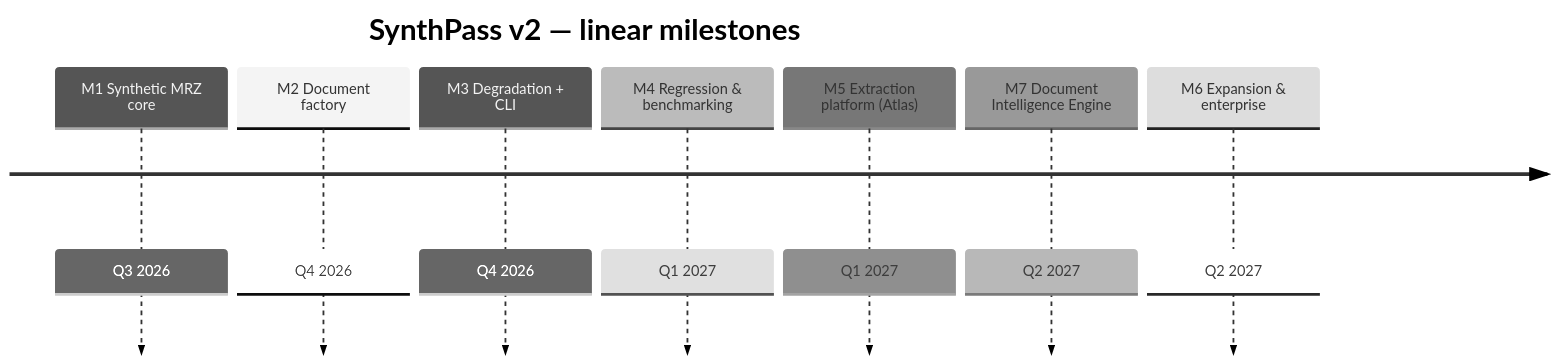
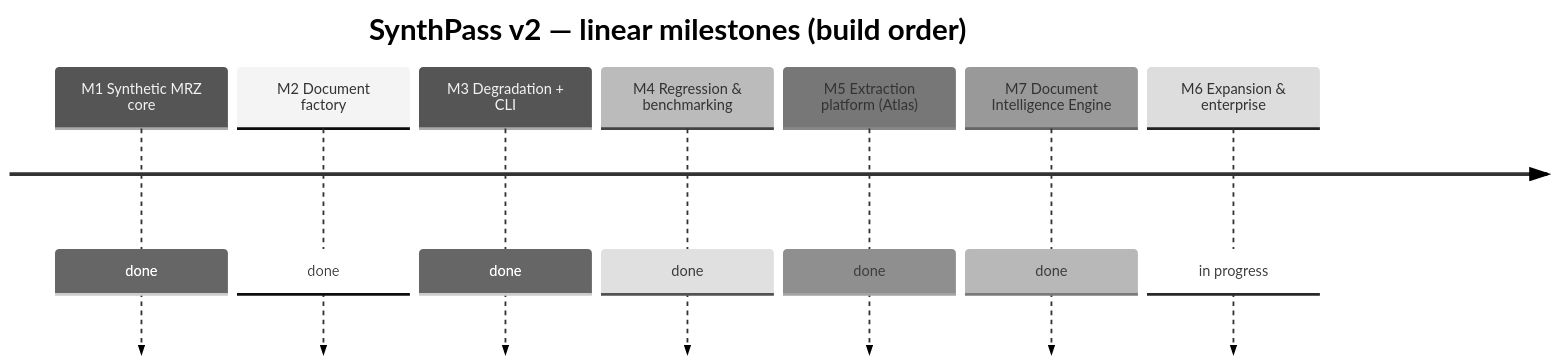
Before and after one commit to ruledicaprio/SynthPass: the first of 3 diagrams in knowledge/ROADMAP.md, drawn with Mermaid (neutral theme). The commit also changed other lines of this file and 5 other files, not shown here.

````diff
--- a/knowledge/ROADMAP.md
+++ b/knowledge/ROADMAP.md
@@ -36,11 +38,11 @@
 ```mermaid
 timeline
-    title SynthPass v2 — linear milestones
-    M1 Synthetic MRZ core       : Q3 2026
-    M2 Document factory         : Q4 2026
-    M3 Degradation + CLI        : Q4 2026
-    M4 Regression & benchmarking: Q1 2027
-    M5 Extraction platform (Atlas): Q1 2027
-    M7 Document Intelligence Engine: Q2 2027
-    M6 Expansion & enterprise   : Q2 2027
+    title SynthPass v2 — linear milestones (build order)
+    M1 Synthetic MRZ core : done
+    M2 Document factory : done
+    M3 Degradation + CLI : done
+    M4 Regression & benchmarking : done
+    M5 Extraction platform (Atlas) : done
+    M7 Document Intelligence Engine : done
+    M6 Expansion & enterprise : in progress
 ```
````
